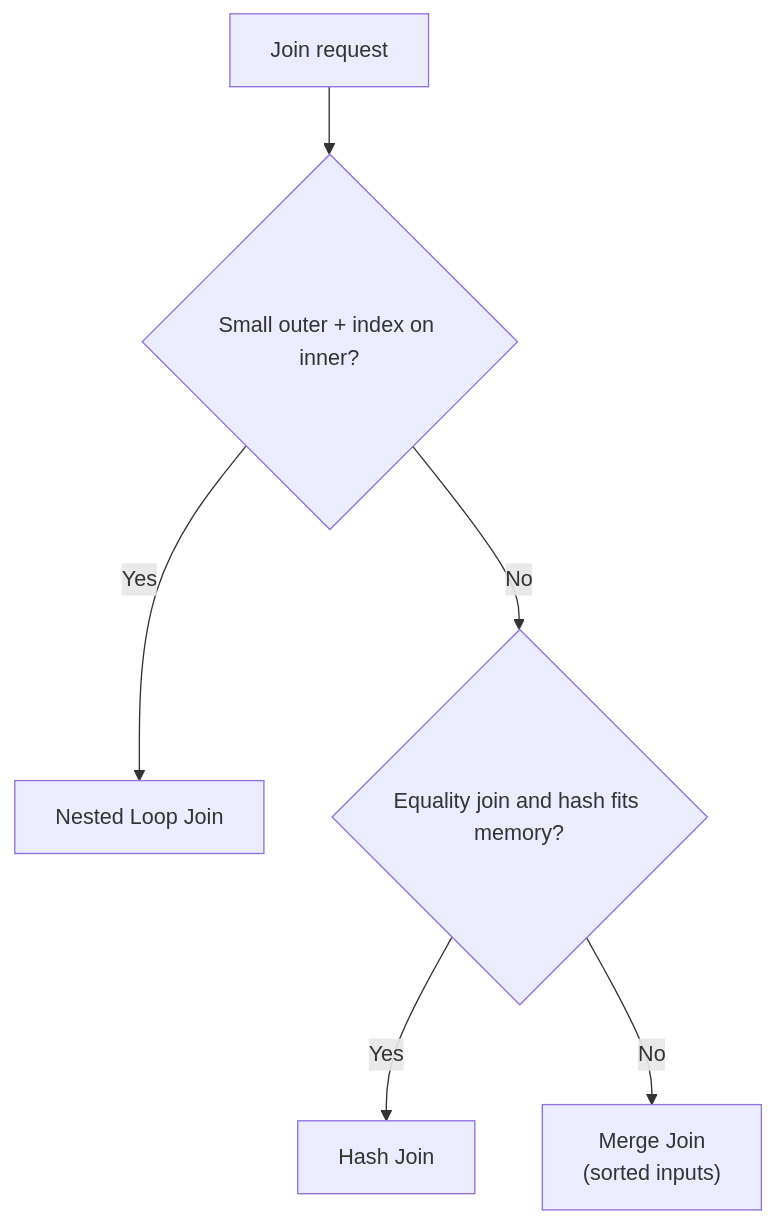
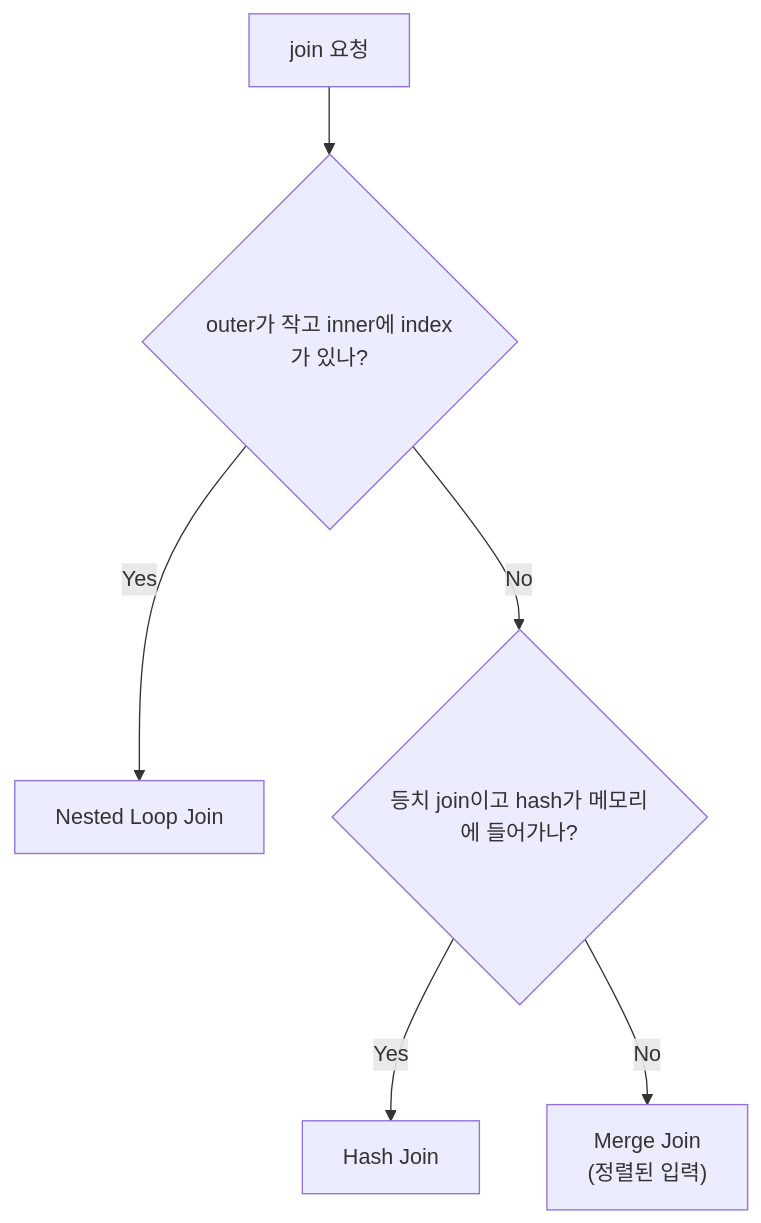
Diagram 15 of 54 in _posts/cs-note/2026-02-27-database.md (mandoobox/mandoobox.github.io), drawn with Mermaid before and after one commit. The commit also changed other lines of this file and 18 other files, not shown here.

````diff
--- a/_posts/cs-note/2026-02-27-database.md
+++ b/_posts/cs-note/2026-02-27-database.md
@@ -501,8 +499,8 @@
 ```mermaid
 flowchart TD
-  Q[Join request] --> C1{Small outer + index on inner?}
+  Q[join 요청] --> C1{outer가 작고 inner에 index가 있나?}
   C1 -->|Yes| NL[Nested Loop Join]
-  C1 -->|No| C2{Equality join and hash fits memory?}
+  C1 -->|No| C2{등치 join이고 hash가 메모리에 들어가나?}
   C2 -->|Yes| HJ[Hash Join]
-  C2 -->|No| MJ["Merge Join<br/>(sorted inputs)"]
+  C2 -->|No| MJ["Merge Join<br/>(정렬된 입력)"]
 ```
````
